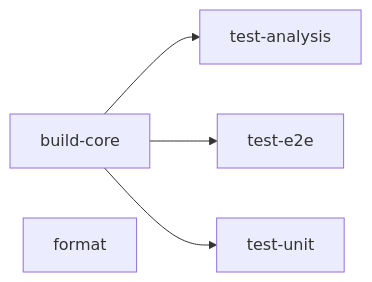
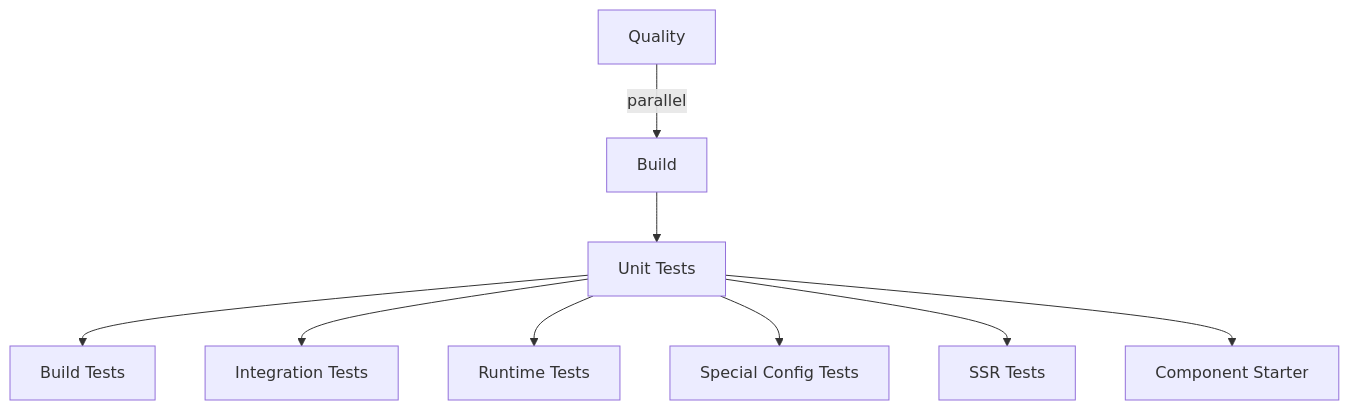
One commit to stenciljs/core changed the diagram in .github/workflows/README.md. Above: the diagram before and after it, drawn with Mermaid. The commit also changed other lines of this file and 25 other files, not shown here.

````diff
--- a/.github/workflows/README.md
+++ b/.github/workflows/README.md
@@ -85,7 +11,16 @@
 ```mermaid
-graph LR;
-    build-core-->test-analysis;
-    build-core-->test-e2e;
-    build-core-->test-unit;
-    format;
+graph TD;
+    quality[Quality]
+    build[Build]
+    unit[Unit Tests]
+
+    quality --> |parallel| build
+    build --> unit
+
+    unit --> test-build[Build Tests]
+    unit --> test-integration[Integration Tests]
+    unit --> test-runtime[Runtime Tests]
+    unit --> test-special-config[Special Config Tests]
+    unit --> test-ssr[SSR Tests]
+    unit --> test-starter[Component Starter]
 ```
````
